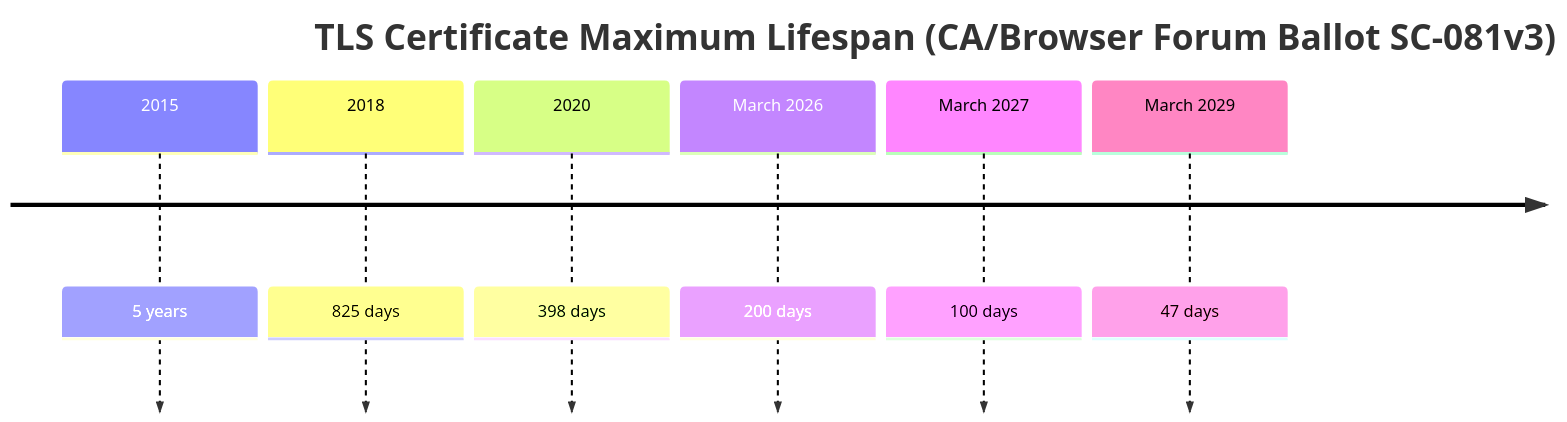
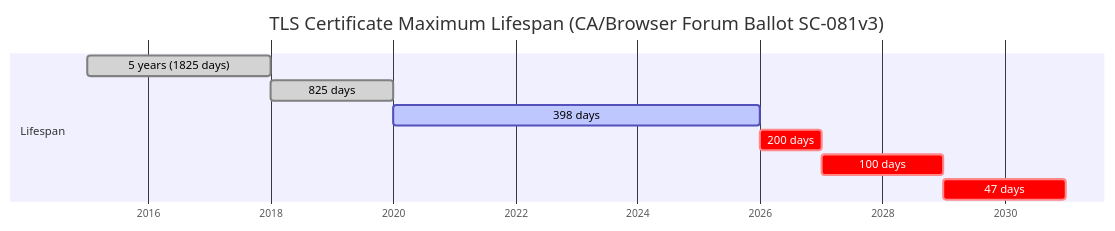
Before and after one commit to certctl-io/certctl: the diagram in README.md, drawn with Mermaid.

Commit message:
chore: replace timeline diagram with gantt chart to remove arrows
Mermaid timeline diagrams render dashed downward arrows that can't
be hidden. Switched to gantt chart for a cleaner horizontal bar
visualization showing TLS certificate lifespan reduction from
5 years (2015) to 47 days (2029).

````diff
--- a/README.md
+++ b/README.md
@@ -19,10 +19,14 @@
 ```mermaid
-timeline
+gantt
     title TLS Certificate Maximum Lifespan (CA/Browser Forum Ballot SC-081v3)
-    2015 : 5 years
-    2018 : 825 days
-    2020 : 398 days
-    March 2026 : 200 days
-    March 2027 : 100 days
-    March 2029 : 47 days
+    dateFormat YYYY
+    axisFormat %Y
+    todayMarker off
+    section Lifespan
+        5 years (1825 days)    :done, 2015, 2018
+        825 days               :done, 2018, 2020
+        398 days               :active, 2020, 2026
+        200 days               :crit, 2026, 2027
+        100 days               :crit, 2027, 2029
+        47 days                :crit, 2029, 2031
 ```
````
